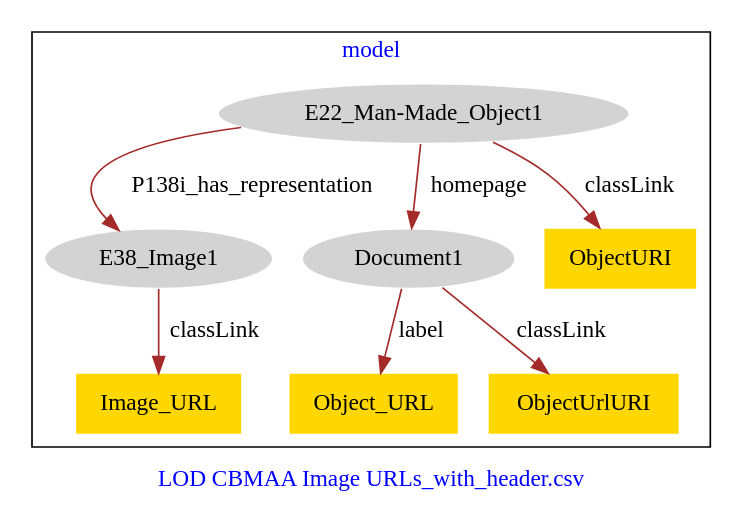
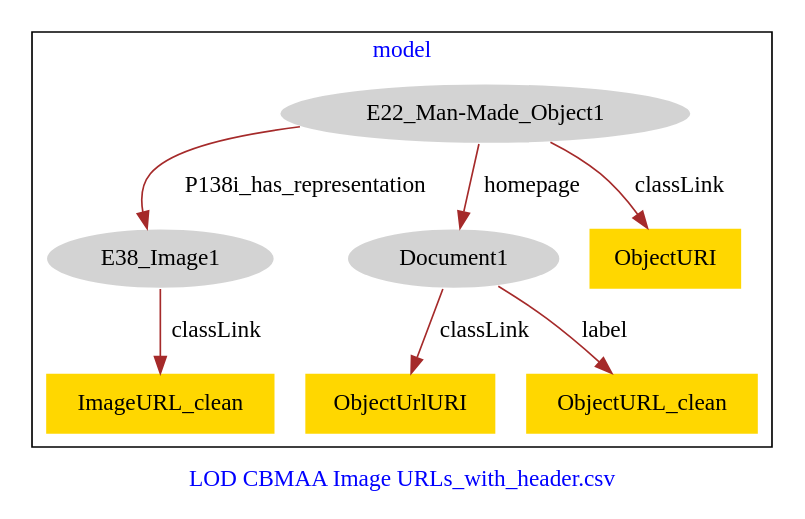
Before and after one commit to american-art/cbm: the diagram in CBMAA_URLs/CBMAA_URLs-model.dot, drawn with Graphviz.

Commit message:
Update file CBMAA_URLs-model.dot

```diff
--- a/CBMAA_URLs/CBMAA_URLs-model.dot
+++ b/CBMAA_URLs/CBMAA_URLs-model.dot
@@ -1,21 +1,21 @@
 digraph n0 {
 fontcolor="blue"
 remincross="true"
 label="LOD CBMAA Image URLs_with_header.csv"
 subgraph cluster {
 label="model"
 n2[style="filled",color="white",fillcolor="lightgray",label="E22_Man-Made_Object1"];
 n3[style="filled",color="white",fillcolor="lightgray",label="E38_Image1"];
 n4[style="filled",color="white",fillcolor="lightgray",label="Document1"];
-n5[shape="plaintext",style="filled",fillcolor="gold",label="ObjectURI"];
-n6[shape="plaintext",style="filled",fillcolor="gold",label="Object_URL"];
-n7[shape="plaintext",style="filled",fillcolor="gold",label="Image_URL"];
-n8[shape="plaintext",style="filled",fillcolor="gold",label="ObjectUrlURI"];
+n5[shape="plaintext",style="filled",fillcolor="gold",label="ObjectUrlURI"];
+n6[shape="plaintext",style="filled",fillcolor="gold",label="ObjectURL_clean"];
+n7[shape="plaintext",style="filled",fillcolor="gold",label="ObjectURI"];
+n8[shape="plaintext",style="filled",fillcolor="gold",label="ImageURL_clean"];
 }
 n2 -> n3[color="brown",fontcolor="black",label="P138i_has_representation"]
 n2 -> n4[color="brown",fontcolor="black",label="homepage"]
-n2 -> n5[color="brown",fontcolor="black",label="classLink"]
+n4 -> n5[color="brown",fontcolor="black",label="classLink"]
 n4 -> n6[color="brown",fontcolor="black",label="label"]
-n3 -> n7[color="brown",fontcolor="black",label="classLink"]
-n4 -> n8[color="brown",fontcolor="black",label="classLink"]
+n2 -> n7[color="brown",fontcolor="black",label="classLink"]
+n3 -> n8[color="brown",fontcolor="black",label="classLink"]
 }
```
